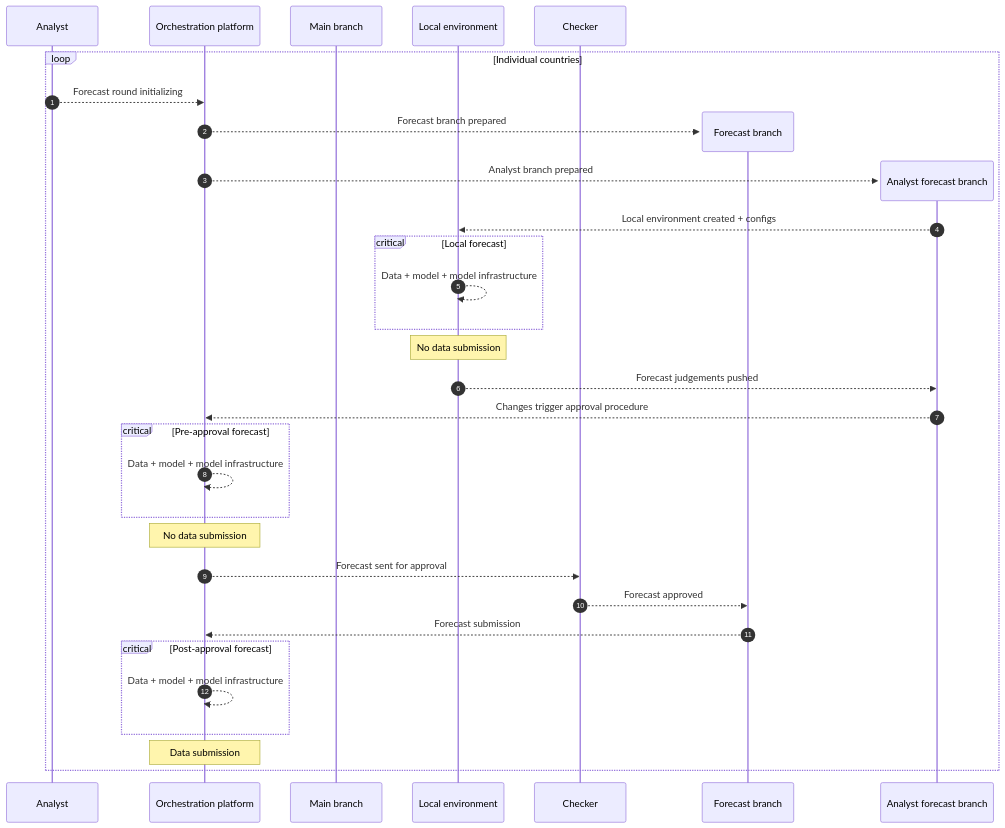
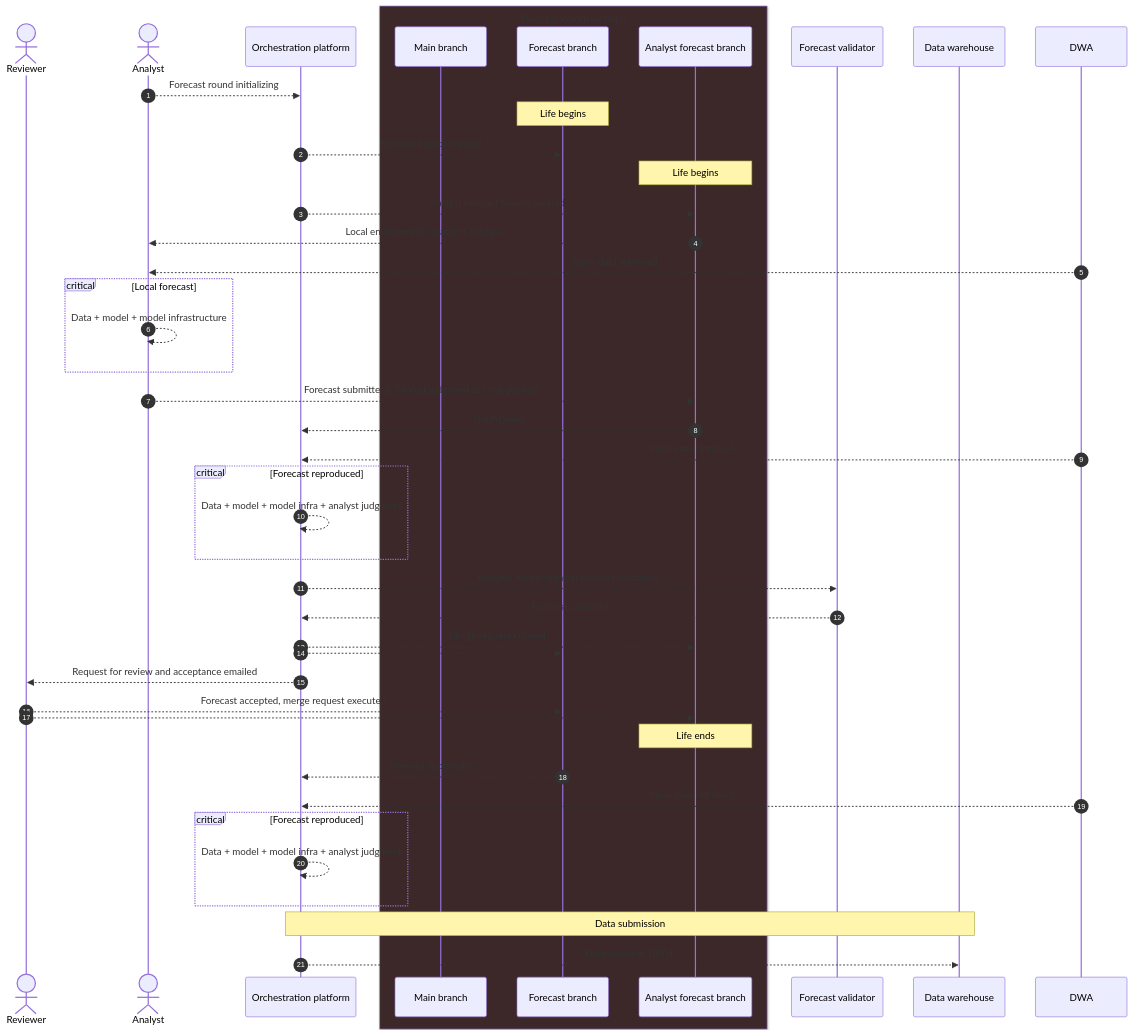
Before and after one commit to OGR-EIU/docs-workflows: the first of 2 diagrams in forecast-workflow.md, drawn with Mermaid. The commit also changed other lines of this file, not shown here.

````diff
--- a/forecast-workflow.md
+++ b/forecast-workflow.md
@@ -5,38 +6,49 @@
 ```mermaid
 sequenceDiagram
-	participant USA as Analyst
+	actor REV as Reviewer
+	actor USA as Analyst
 	participant ORC as Orchestration platform
-        participant WKM as Main branch
-	participant LOC as Local environment
-	participant USC as Checker
+        box rgb(60,40,40) Forecast Workflow Repo
+        	participant WKM as Main branch
+		participant WKF as Forecast branch
+		participant WKA as Analyst forecast branch
+	end
+	participant USC as Forecast validator
+        participant DWH as Data warehouse
 	
 
 	autonumber
 
-    loop Individual countries
 		USA -->> ORC: Forecast round initializing
-                create participant WKF as Forecast branch
-		ORC -->> WKF: Forecast branch prepared
-                create participant WKA as Analyst forecast branch
-		ORC -->> WKA: Analyst branch prepared
-		WKA -->> LOC: Local environment created + configs
+                Note over WKF: Life begins
+		ORC -->> WKF: Forecast branch created
+		Note over WKA: Life begins
+		ORC -->> WKA: Analyst forecast branch created
+		WKA -->> USA: Local environment created + configs
+                DWA -->> USA: Input data retrieved
 		critical Local forecast
-			LOC -->> LOC: Data + model + model infrastructure
+			USA -->> USA: Data + model + model infrastructure
 		end
-		Note over LOC, LOC: No data submission
 
-		LOC -->> WKA: Forecast judgements pushed
-		WKA -->> ORC: Changes trigger approval procedure
-		critical Pre-approval forecast
-			ORC -->> ORC: Data + model + model infrastructure
-		end
-		Note over ORC, ORC: No data submission
-		ORC -->> USC: Forecast sent for approval
-		USC -->> WKF: Forecast approved
+		USA -->> WKA: Forecast submittecd: Analyst judgment as code pushed
+                WKA -->> ORC: Notification
+                DWA -->> ORC: Input data retrieved
+                critical Forecast reproduced
+                         ORC -->> ORC: Data + model + model infra + analyst judgment
+                end
+                ORC -->> USC: Request for mechanical forecast validation
+                USC -->> ORC: Forecast validated
+                ORC -->> WKA: Merge request created
+	        ORC -->> WKF:  
+                ORC -->> REV: Request for review and acceptance emailed
+		REV -->> WKF: Forecast accepted, merge request executed
+                REV -->> WKA:  
+                Note over WKA: Life ends
 		WKF -->> ORC: Forecast submission
-		critical Post-approval forecast
-			ORC -->> ORC: Data + model + model infrastructure
-		end
-		Note over ORC, ORC: Data submission
-    end
+                DWA -->> ORC: Input data retrieved
+                critical Forecast reproduced
+                         ORC -->> ORC: Data + model + model infra + analyst judgment
+                end
+		Note over ORC, DWH: Data submission
+                ORC -->> DWH: Data stored in DWH
 ```
````
